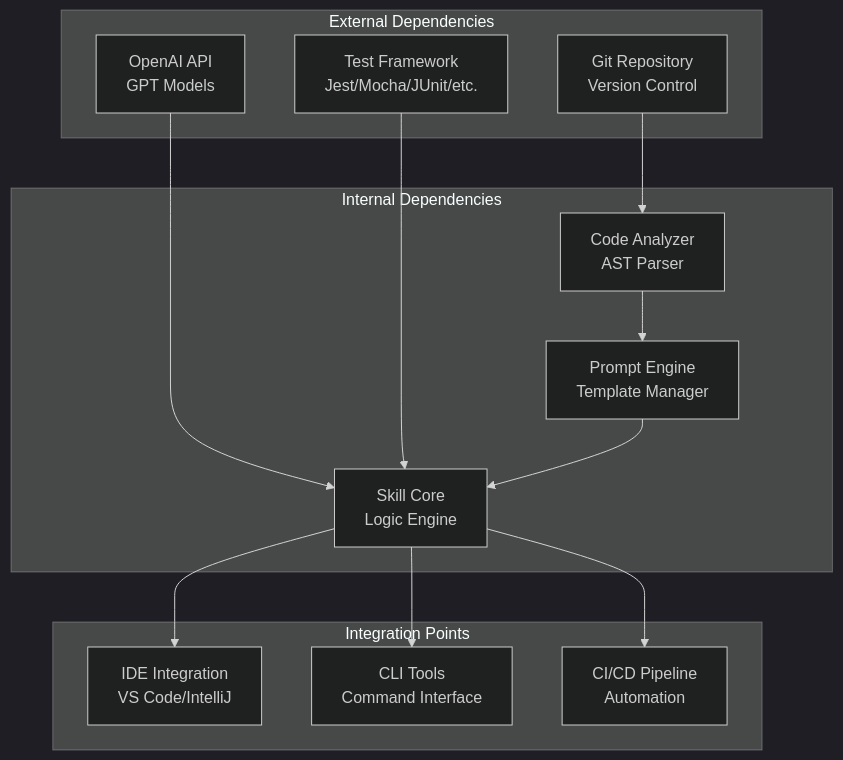
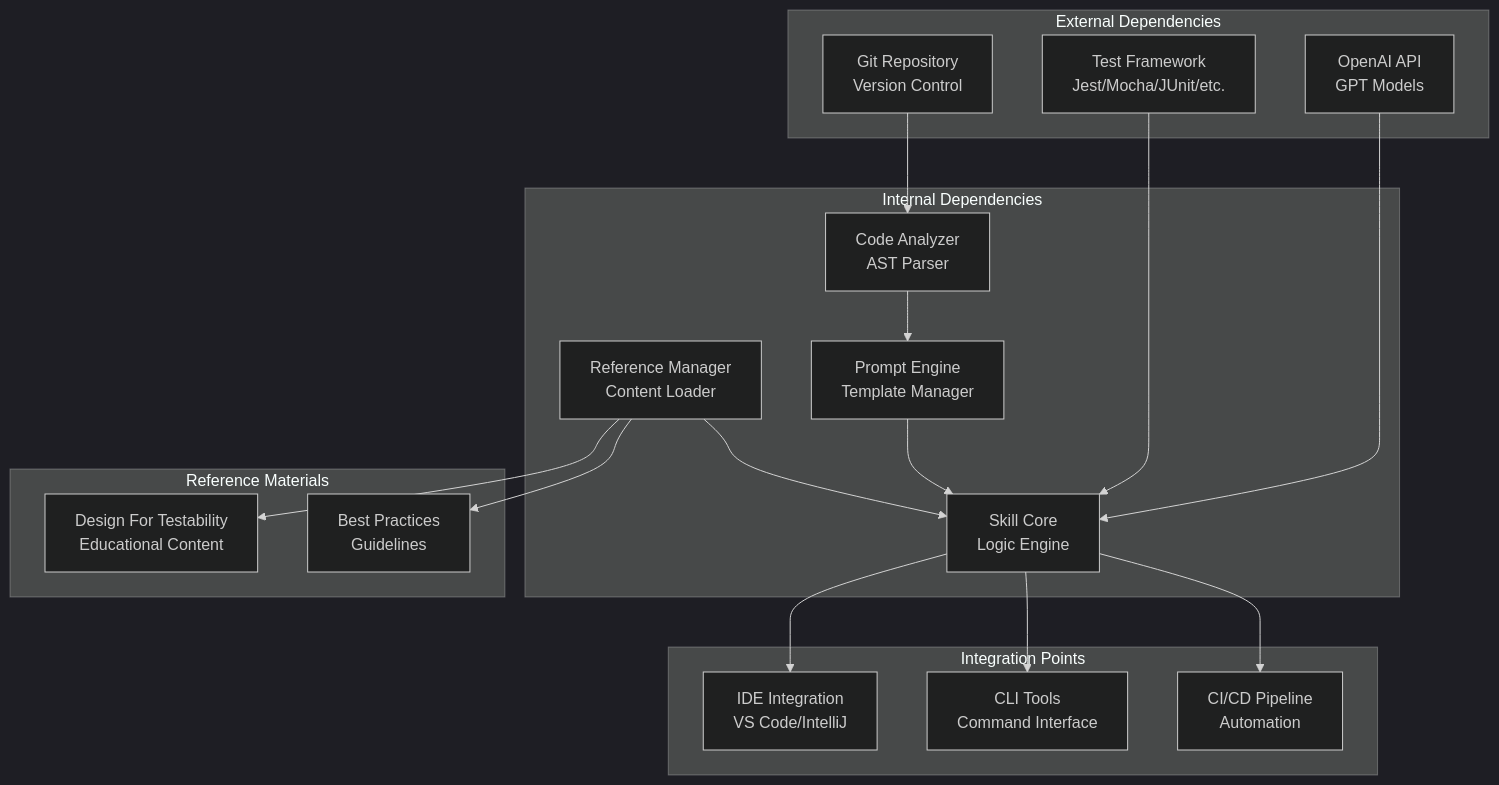
Before and after one commit to Sherlock-Shi/pi-codex-kit: the fifth of 5 diagrams in .qoder/repowiki/en/content/Skills Reference/Testing & Verification Skills/Develop TDD Skill.md, drawn with Mermaid (dark theme). The commit also changed other lines of this file and 47 other files, not shown here.

````diff
--- a/.qoder/repowiki/en/content/Skills Reference/Testing & Verification Skills/Develop TDD Skill.md
+++ b/.qoder/repowiki/en/content/Skills Reference/Testing & Verification Skills/Develop TDD Skill.md
@@ -230,26 +301,34 @@
 ```mermaid
 graph TB
 subgraph "External Dependencies"
 OPENAI[OpenAI API<br/>GPT Models]
 GIT[Git Repository<br/>Version Control]
 TEST_FRAMEWORK[Test Framework<br/>Jest/Mocha/JUnit/etc.]
 end
 subgraph "Internal Dependencies"
 SKILL_CORE[Skill Core<br/>Logic Engine]
 PROMPT_ENGINE[Prompt Engine<br/>Template Manager]
 CODE_ANALYZER[Code Analyzer<br/>AST Parser]
+REFERENCE_MANAGER[Reference Manager<br/>Content Loader]
+end
+subgraph "Reference Materials"
+DESIGN_REF[Design For Testability<br/>Educational Content]
+BEST_PRACTICES[Best Practices<br/>Guidelines]
 end
 subgraph "Integration Points"
 IDE_INTEGRATION[IDE Integration<br/>VS Code/IntelliJ]
 CLI_TOOLS[CLI Tools<br/>Command Interface]
 CI_CD[CI/CD Pipeline<br/>Automation]
 end
 OPENAI --> SKILL_CORE
 GIT --> CODE_ANALYZER
 TEST_FRAMEWORK --> SKILL_CORE
 CODE_ANALYZER --> PROMPT_ENGINE
 PROMPT_ENGINE --> SKILL_CORE
+REFERENCE_MANAGER --> DESIGN_REF
+REFERENCE_MANAGER --> BEST_PRACTICES
+REFERENCE_MANAGER --> SKILL_CORE
 SKILL_CORE --> IDE_INTEGRATION
 SKILL_CORE --> CLI_TOOLS
 SKILL_CORE --> CI_CD
 ```
````
